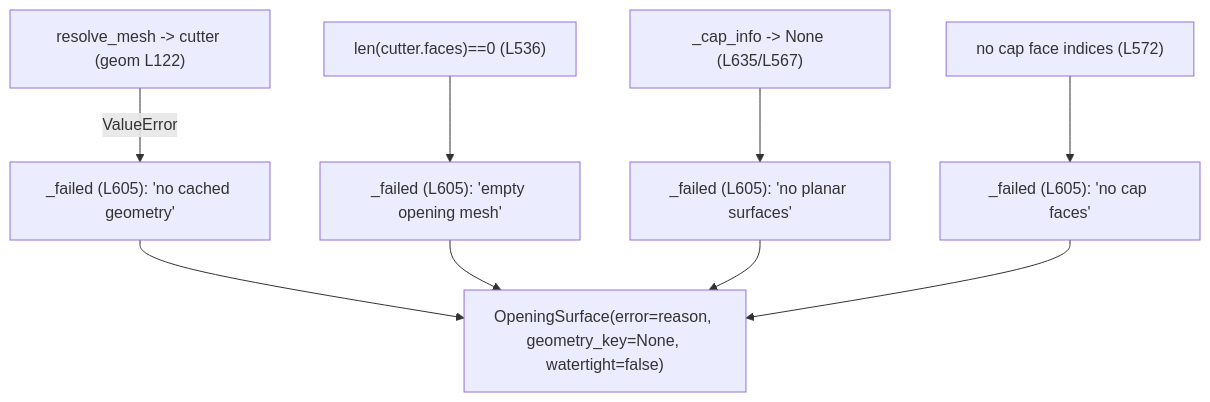
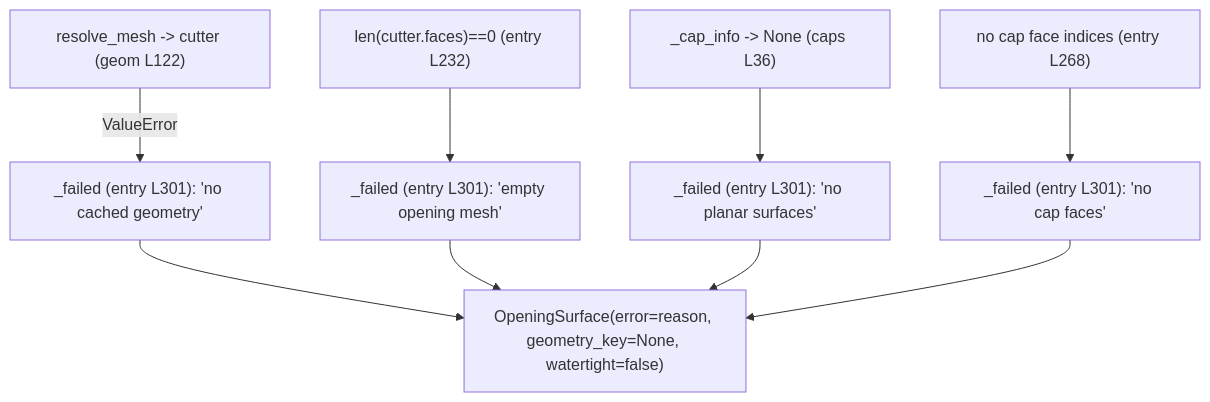
The fifth of 5 diagrams in app/runner/src/openbim_runner/nodes/opening_surface/process.md (Digital-Building-Process-TU-Wien/rcc4all), drawn with Mermaid before and after one commit. The commit also changed other lines of this file and 13 other files, not shown here.

````diff
--- a/app/runner/src/openbim_runner/nodes/opening_surface/process.md
+++ b/app/runner/src/openbim_runner/nodes/opening_surface/process.md
@@ -210,9 +225,9 @@
 ```mermaid
 flowchart TD
-    C1["resolve_mesh -> cutter (geom L122)"] -- "ValueError" --> F1["_failed (L605): 'no cached geometry'"]
-    C2["len(cutter.faces)==0 (L536)"] --> F2["_failed (L605): 'empty opening mesh'"]
-    C3["_cap_info -> None (L635/L567)"] --> F3["_failed (L605): 'no planar surfaces'"]
-    C4["no cap face indices (L572)"] --> F4["_failed (L605): 'no cap faces'"]
+    C1["resolve_mesh -> cutter (geom L122)"] -- "ValueError" --> F1["_failed (entry L301): 'no cached geometry'"]
+    C2["len(cutter.faces)==0 (entry L232)"] --> F2["_failed (entry L301): 'empty opening mesh'"]
+    C3["_cap_info -> None (caps L36)"] --> F3["_failed (entry L301): 'no planar surfaces'"]
+    C4["no cap face indices (entry L268)"] --> F4["_failed (entry L301): 'no cap faces'"]
 
     F1 & F2 & F3 & F4 --> OUT["OpeningSurface(error=reason, geometry_key=None, watertight=false)"]
 ```
````
